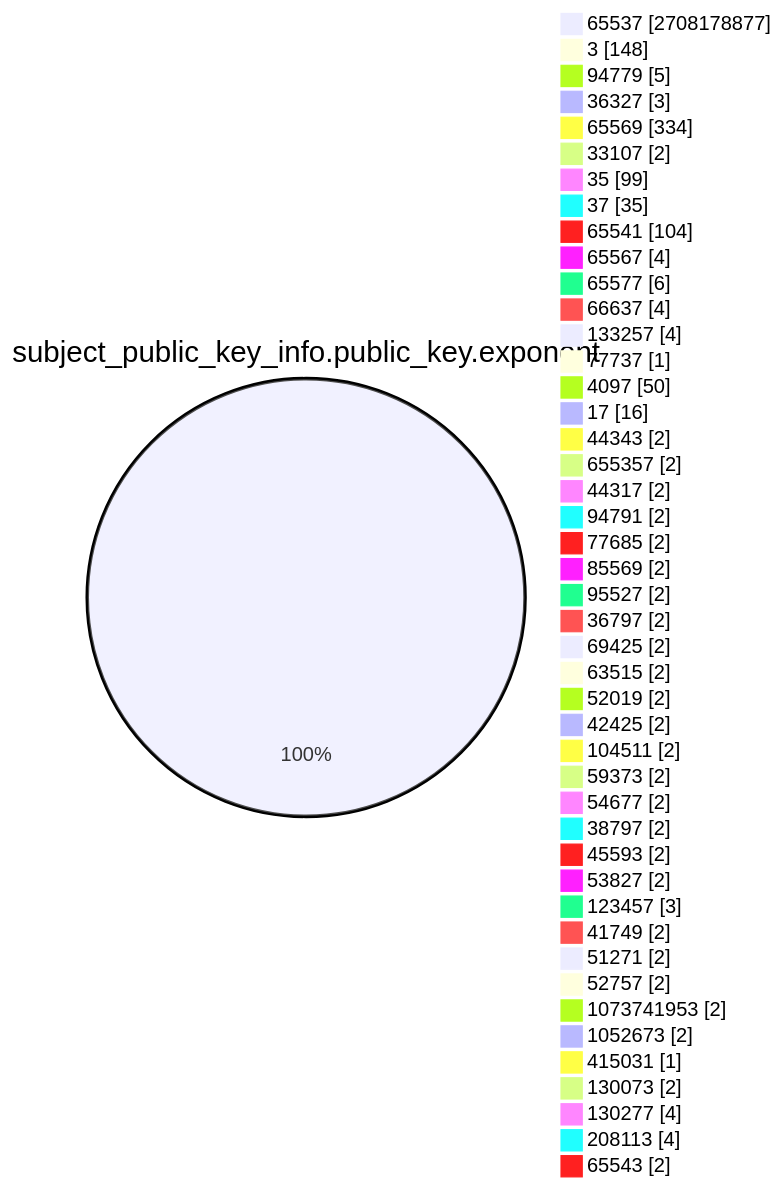
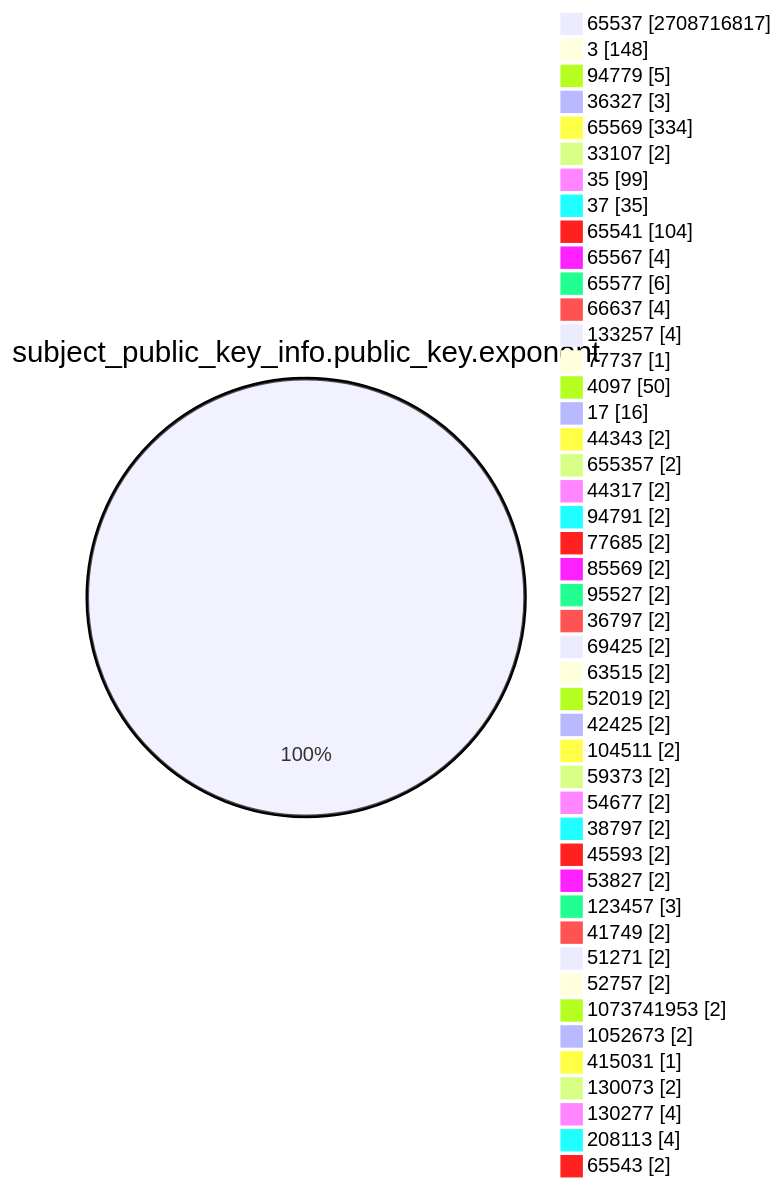
The fourth of 15 diagrams in TOTAL/README.md (christiankrug/ctmonitor_visualization), drawn with Mermaid before and after one commit. The commit also changed other lines of this file, not shown here.

````diff
--- a/TOTAL/README.md
+++ b/TOTAL/README.md
@@ -1467,49 +1467,49 @@
 ```mermaid
 pie showData
 title subject_public_key_info.public_key.exponent
-"65537" :2708178877
+"65537" :2708716817
 "3" :148
 "94779" :5
 "36327" :3
 "65569" :334
 "33107" :2
 "35" :99
 "37" :35
 "65541" :104
 "65567" :4
 "65577" :6
 "66637" :4
 "133257" :4
 "77737" :1
 "4097" :50
 "17" :16
 "44343" :2
 "655357" :2
 "44317" :2
 "94791" :2
 "77685" :2
 "85569" :2
 "95527" :2
 "36797" :2
 "69425" :2
 "63515" :2
 "52019" :2
 "42425" :2
 "104511" :2
 "59373" :2
 "54677" :2
 "38797" :2
 "45593" :2
 "53827" :2
 "123457" :3
 "41749" :2
 "51271" :2
 "52757" :2
 "1073741953" :2
 "1052673" :2
 "415031" :1
 "130073" :2
 "130277" :4
 "208113" :4
 "65543" :2
 ```
````
